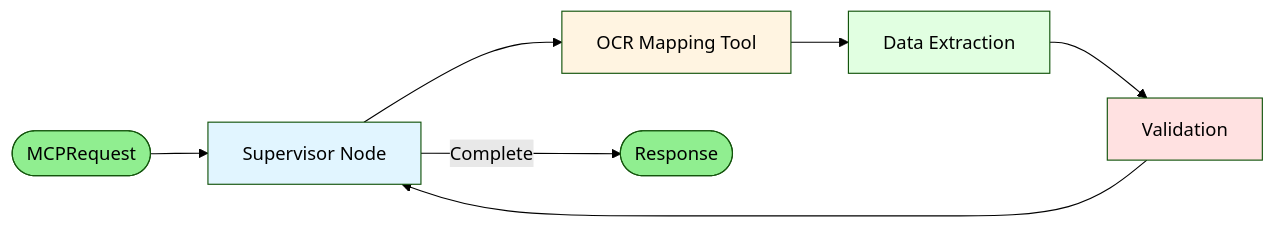
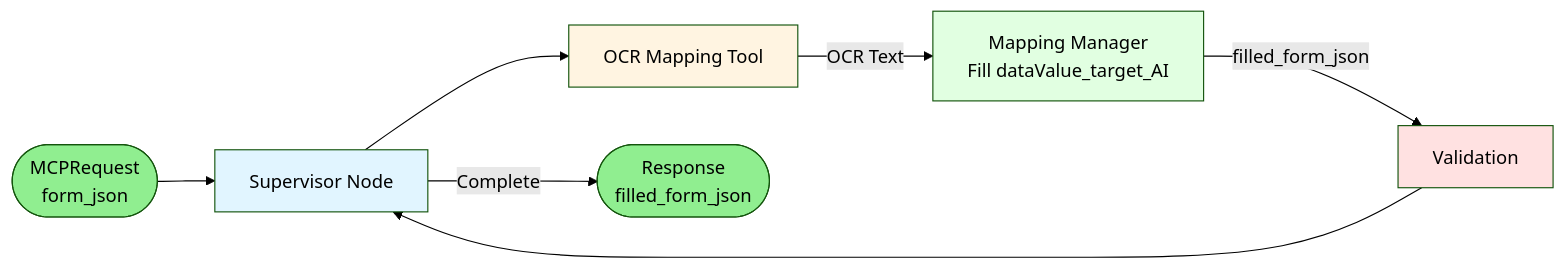
One commit to Yasser1AITLAZIZ/sfd-clm changed the sixth of 6 diagrams in docs/ARCHITECTURE.md. Above: the diagram before and after it, drawn with Mermaid (forest theme). The commit also changed other lines of this file and 40 other files, not shown here.

Commit message:
new architecture setup

````diff
--- a/docs/ARCHITECTURE.md
+++ b/docs/ARCHITECTURE.md
@@ -205,16 +337,16 @@
 ```mermaid
 flowchart LR
-    START([MCPRequest]) --> SUPERVISOR["Supervisor Node"]
+    START([MCPRequest<br/>form_json]) --> SUPERVISOR["Supervisor Node"]
     SUPERVISOR --> OCR["OCR Mapping Tool"]
-    OCR --> EXTRACT["Data Extraction"]
-    EXTRACT --> VALIDATE["Validation"]
+    OCR -->|OCR Text| MAPPING["Mapping Manager<br/>Fill dataValue_target_AI"]
+    MAPPING -->|filled_form_json| VALIDATE["Validation"]
     VALIDATE --> SUPERVISOR
-    SUPERVISOR -->|Complete| END([Response])
+    SUPERVISOR -->|Complete| END([Response<br/>filled_form_json])
   
     style START fill:#90EE90
     style SUPERVISOR fill:#e1f5ff
     style OCR fill:#fff4e1
-    style EXTRACT fill:#e1ffe1
+    style MAPPING fill:#e1ffe1
     style VALIDATE fill:#ffe1e1
     style END fill:#90EE90
 ```
````
